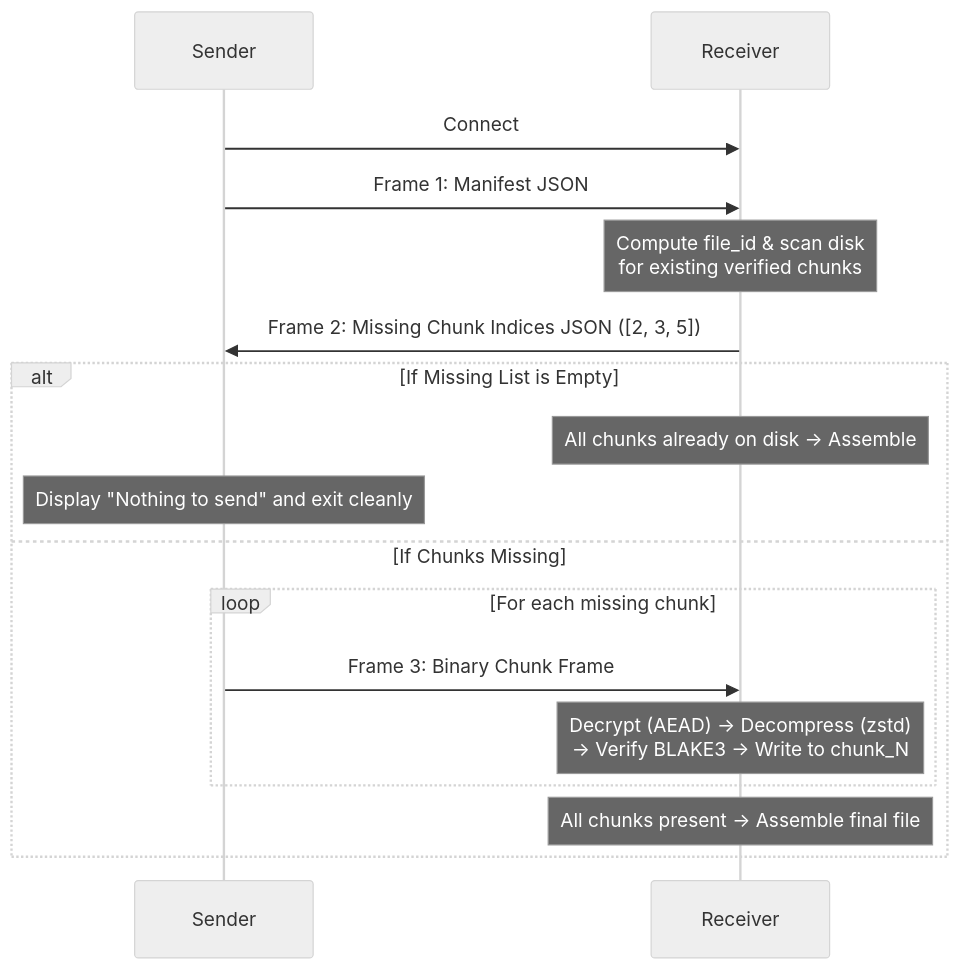
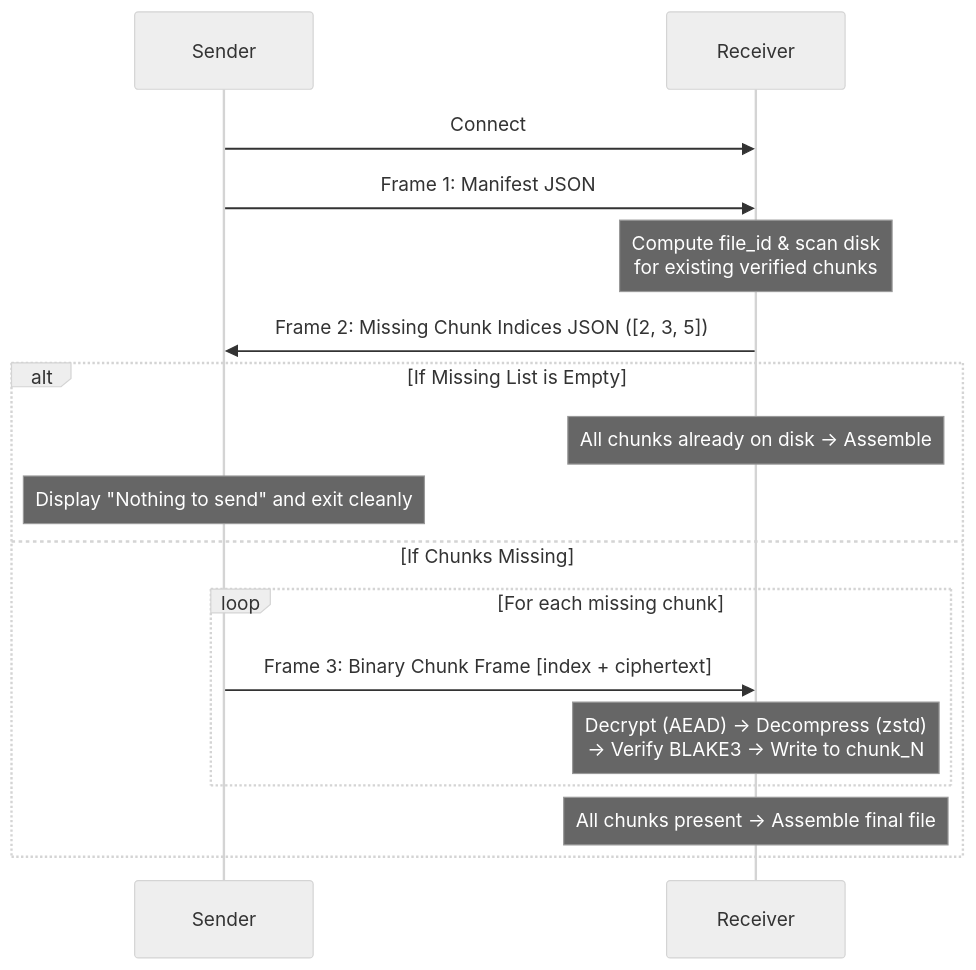
The sixth of 6 diagrams in README.md (Sonalhegde/durasend), drawn with Mermaid (neutral theme) before and after one commit. The commit also changed other lines of this file and 8 other files, not shown here.

Commit message:
feat: add abstract problem/solution, interactive TUI, built-in installer, and fix Mermaid diagram syntax

````diff
--- a/README.md
+++ b/README.md
@@ -326,20 +294,20 @@
 ```mermaid
 sequenceDiagram
     participant S as Sender
     participant R as Receiver
 
     S->>R: Connect
     S->>R: Frame 1: Manifest JSON
     Note over R: Compute file_id & scan disk<br/>for existing verified chunks
     R->>S: Frame 2: Missing Chunk Indices JSON ([2, 3, 5])
     alt If Missing List is Empty
         Note over R: All chunks already on disk -> Assemble
         Note over S: Display "Nothing to send" and exit cleanly
     else If Chunks Missing
         loop For each missing chunk
-            S->>R: Frame 3: Binary Chunk Frame
+            S->>R: Frame 3: Binary Chunk Frame [index + ciphertext]
             Note over R: Decrypt (AEAD) -> Decompress (zstd)<br/>-> Verify BLAKE3 -> Write to chunk_N
         end
         Note over R: All chunks present -> Assemble final file
     end
 ```
````
